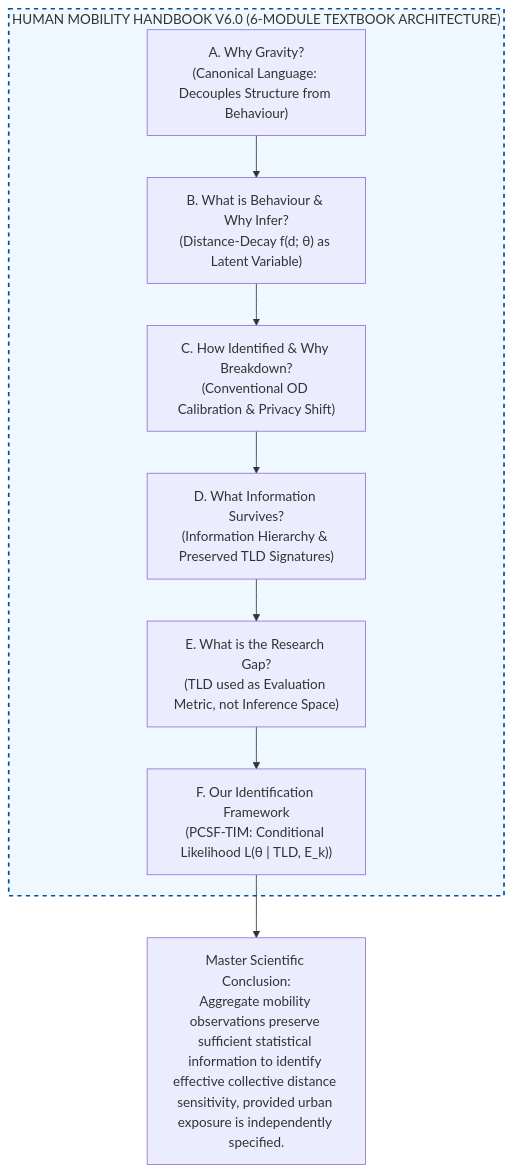
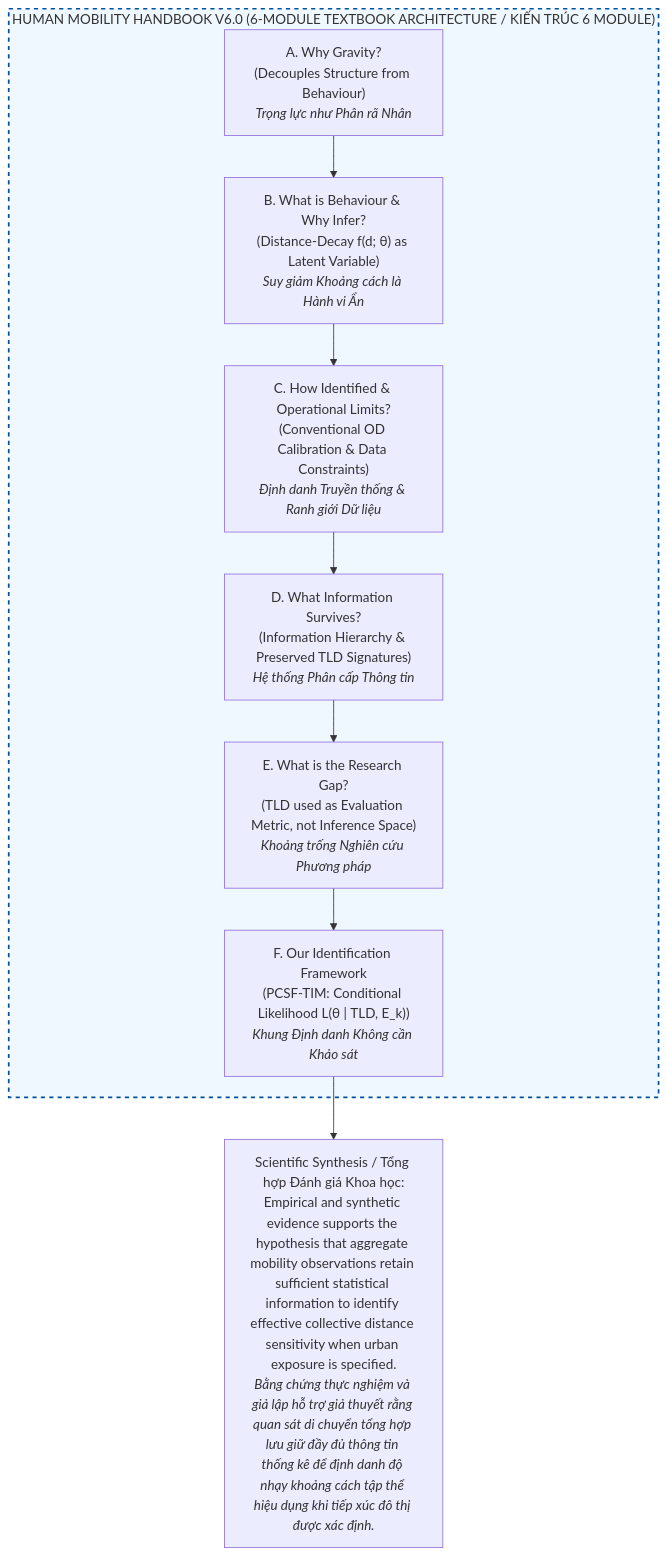
Before and after one commit to thinhnq-ibl/PCSF-TIM: the first of 2 diagrams in Handbook.md, drawn with Mermaid. The commit also changed other lines of this file, not shown here.

````diff
--- a/Handbook.md
+++ b/Handbook.md
@@ -50,14 +140,14 @@
 ```mermaid
 flowchart TD
-    subgraph Handbook ["HUMAN MOBILITY HANDBOOK V6.0 (6-MODULE TEXTBOOK ARCHITECTURE)"]
-        A["A. Why Gravity?<br>(Canonical Language: Decouples Structure from Behaviour)"] --> B["B. What is Behaviour & Why Infer?<br>(Distance-Decay f(d; θ) as Latent Variable)"]
-        B --> C["C. How Identified & Why Breakdown?<br>(Conventional OD Calibration & Privacy Shift)"]
-        C --> D["D. What Information Survives?<br>(Information Hierarchy & Preserved TLD Signatures)"]
-        D --> E["E. What is the Research Gap?<br>(TLD used as Evaluation Metric, not Inference Space)"]
-        E --> F["F. Our Identification Framework<br>(PCSF-TIM: Conditional Likelihood L(θ | TLD, E_k))"]
+    subgraph Handbook ["HUMAN MOBILITY HANDBOOK V6.0 (6-MODULE TEXTBOOK ARCHITECTURE / KIẾN TRÚC 6 MODULE)"]
+        A["A. Why Gravity?<br>(Decouples Structure from Behaviour)<br><i>Trọng lực như Phân rã Nhân</i>"] --> B["B. What is Behaviour & Why Infer?<br>(Distance-Decay f(d; θ) as Latent Variable)<br><i>Suy giảm Khoảng cách là Hành vi Ẩn</i>"]
+        B --> C["C. How Identified & Operational Limits?<br>(Conventional OD Calibration & Data Constraints)<br><i>Định danh Truyền thống & Ranh giới Dữ liệu</i>"]
+        C --> D["D. What Information Survives?<br>(Information Hierarchy & Preserved TLD Signatures)<br><i>Hệ thống Phân cấp Thông tin</i>"]
+        D --> E["E. What is the Research Gap?<br>(TLD used as Evaluation Metric, not Inference Space)<br><i>Khoảng trống Nghiên cứu Phương pháp</i>"]
+        E --> F["F. Our Identification Framework<br>(PCSF-TIM: Conditional Likelihood L(θ | TLD, E_k))<br><i>Khung Định danh Không cần Khảo sát</i>"]
     end
 
-    F --> S["Master Scientific Conclusion:<br>Aggregate mobility observations preserve sufficient statistical information to identify effective collective distance sensitivity, provided urban exposure is independently specified."]
+    F --> S["Scientific Synthesis / Tổng hợp Đánh giá Khoa học:<br>Empirical and synthetic evidence supports the hypothesis that aggregate mobility observations retain sufficient statistical information to identify effective collective distance sensitivity when urban exposure is specified.<br><i>Bằng chứng thực nghiệm và giả lập hỗ trợ giả thuyết rằng quan sát di chuyển tổng hợp lưu giữ đầy đủ thông tin thống kê để định danh độ nhạy khoảng cách tập thể hiệu dụng khi tiếp xúc đô thị được xác định.</i>"]
 
     style Handbook fill:#f0f8ff,stroke:#00509e,stroke-width:2px,stroke-dasharray: 5 5
 ```
````
